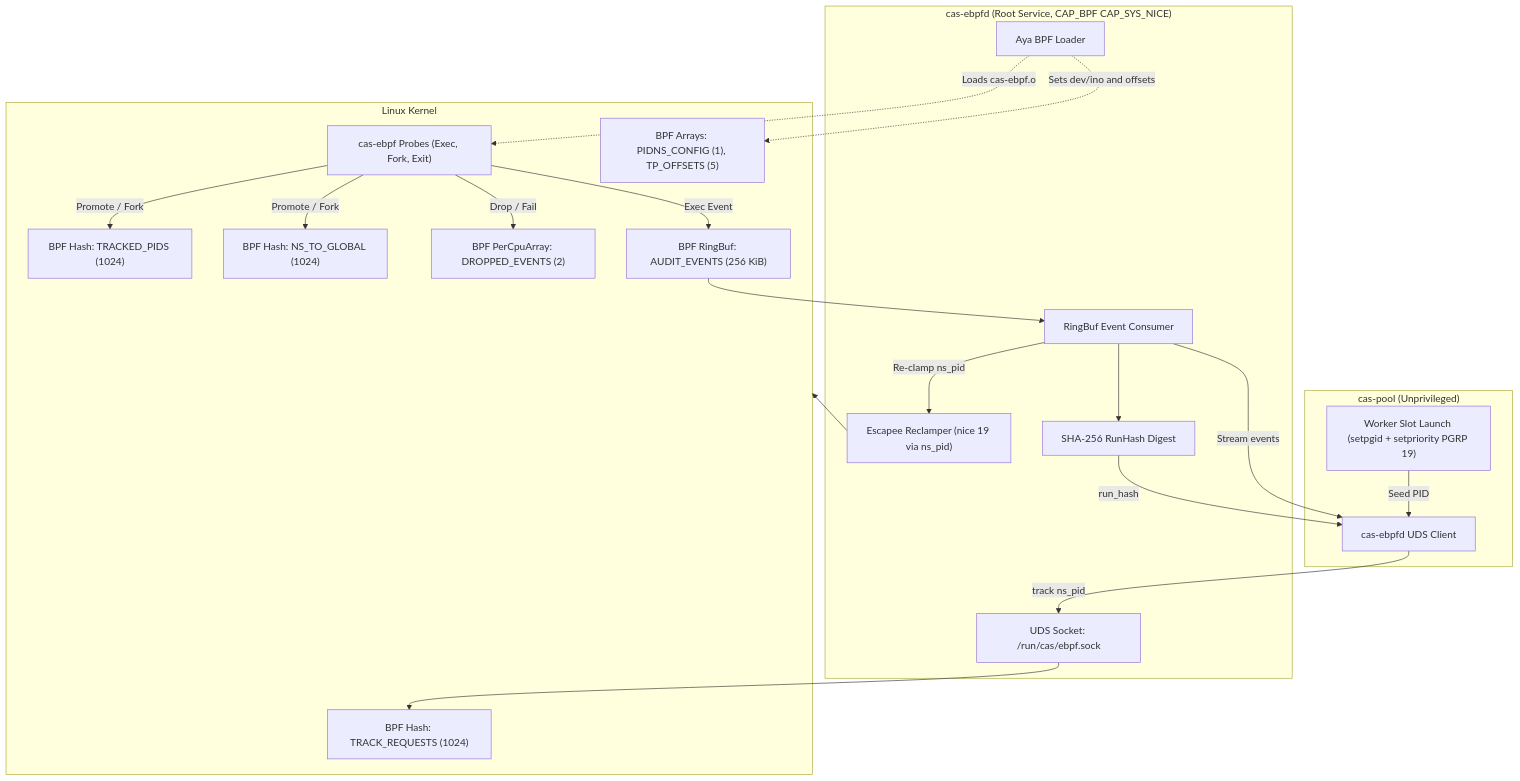
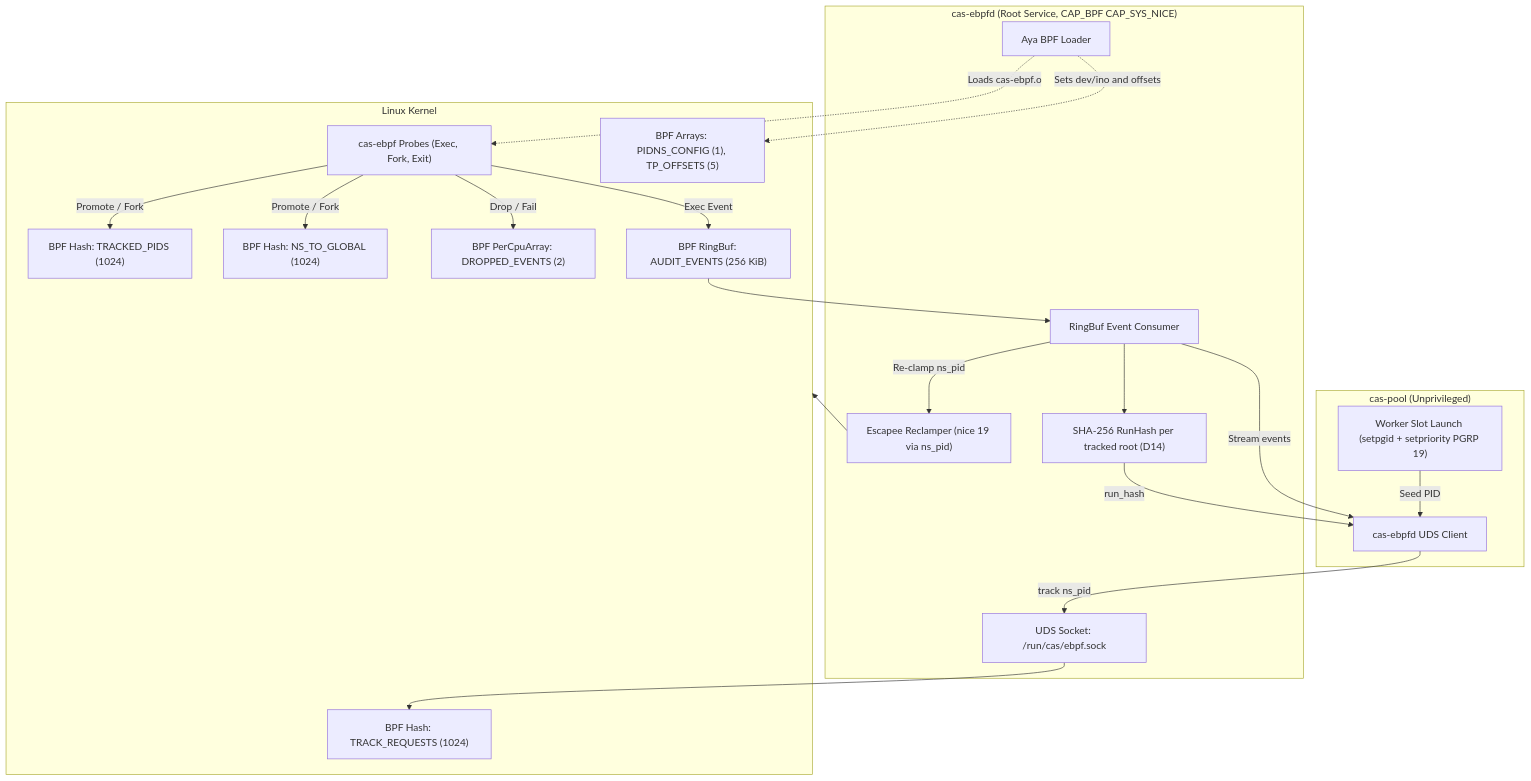
The diagram in specs/0014-ebpf-priority-clamping-and-audit-probes.md (unsigned-gg/uas), drawn with Mermaid before and after one commit. The commit also changed other lines of this file, not shown here.

First line of the commit message:
docs(specs): add the per-root receipt op to spec 0014 (D14)

````diff
--- a/specs/0014-ebpf-priority-clamping-and-audit-probes.md
+++ b/specs/0014-ebpf-priority-clamping-and-audit-probes.md
@@ -95,32 +93,32 @@
 ```mermaid
 flowchart TD
     subgraph Pool["cas-pool (Unprivileged)"]
         Launch["Worker Slot Launch (setpgid + setpriority PGRP 19)"]
         PoolClient["cas-ebpfd UDS Client"]
     end
     subgraph Daemon["cas-ebpfd (Root Service, CAP_BPF CAP_SYS_NICE)"]
         UdsServer["UDS Socket: /run/cas/ebpf.sock"]
         Loader["Aya BPF Loader"]
         Consumer["RingBuf Event Consumer"]
         Reclamper["Escapee Reclamper (nice 19 via ns_pid)"]
-        Hasher["SHA-256 RunHash Digest"]
+        Hasher["SHA-256 RunHash per tracked root (D14)"]
     end
     subgraph Kernel["Linux Kernel"]
         Probes["cas-ebpf Probes (Exec, Fork, Exit)"]
         ConfigMap["BPF Arrays: PIDNS_CONFIG (1), TP_OFFSETS (5)"]
         ReqMap["BPF Hash: TRACK_REQUESTS (1024)"]
         PidMap["BPF Hash: TRACKED_PIDS (1024)"]
         NsMap["BPF Hash: NS_TO_GLOBAL (1024)"]
         RingBuf["BPF RingBuf: AUDIT_EVENTS (256 KiB)"]
         DropMap["BPF PerCpuArray: DROPPED_EVENTS (2)"]
     end
     Launch -->|Seed PID| PoolClient -->|track ns_pid| UdsServer --> ReqMap
     Loader -.->|Sets dev/ino and offsets| ConfigMap
     Loader -.->|Loads cas-ebpf.o| Probes
     Probes -->|Promote / Fork| PidMap & NsMap
     Probes -->|Exec Event| RingBuf
     Probes -->|Drop / Fail| DropMap
     RingBuf --> Consumer --> Hasher -->|run_hash| PoolClient
     Consumer -->|Stream events| PoolClient
     Consumer -->|Re-clamp ns_pid| Reclamper --> Kernel
 ```
````
